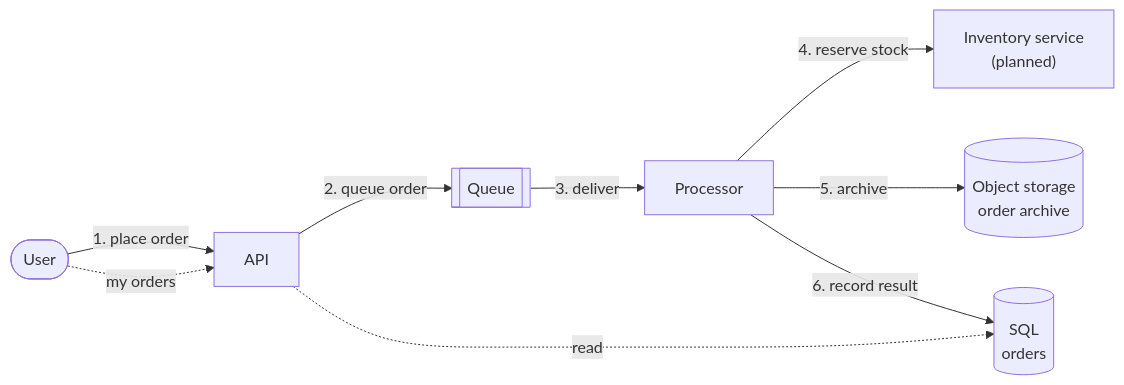
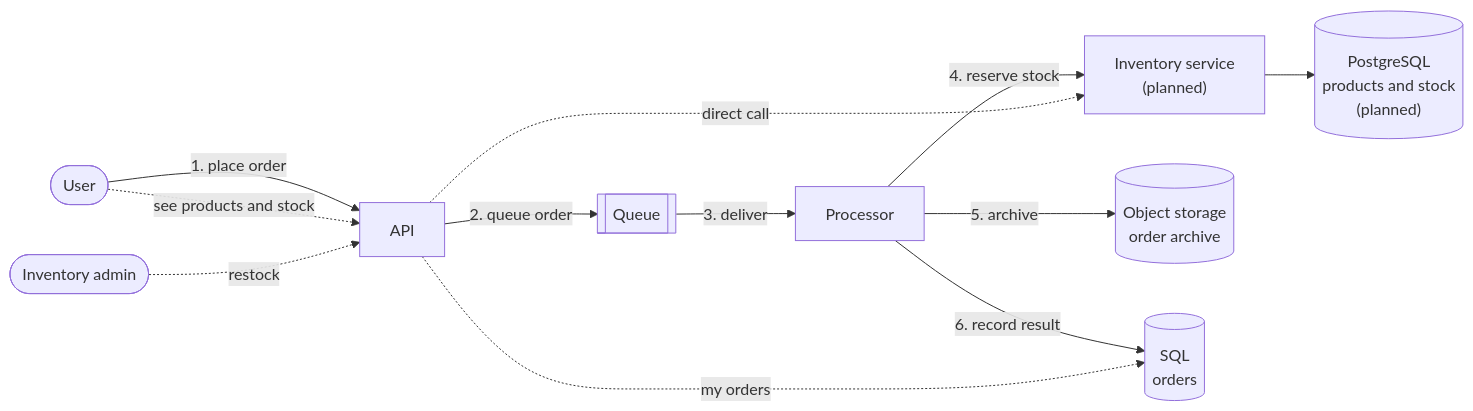
The diagram in samples/OrderManagementApp/docs/design.md (Azure-Samples/portability-patterns-library), drawn with Mermaid before and after one commit. The commit also changed other lines of this file, not shown here.

Commit message:
Design one-pager: one diagram for both flows

````diff
--- a/samples/OrderManagementApp/docs/design.md
+++ b/samples/OrderManagementApp/docs/design.md
@@ -20,18 +14,24 @@
 ```mermaid
 flowchart LR
     user(["User"])
+    admin(["Inventory admin"])
     api["API"]
     queue[["Queue"]]
     processor["Processor"]
     inventory["Inventory service<br/>(planned)"]
     storage[("Object storage<br/>order archive")]
     sql[("SQL<br/>orders")]
+    postgres[("PostgreSQL<br/>products and stock<br/>(planned)")]
 
     user -- "1. place order" --> api
     api -- "2. queue order" --> queue
     queue -- "3. deliver" --> processor
     processor -- "4. reserve stock" --> inventory
     processor -- "5. archive" --> storage
     processor -- "6. record result" --> sql
-    user -. "my orders" .-> api -. "read" .-> sql
+    user -. "see products and stock" .-> api
+    admin -. "restock" .-> api
+    api -. "direct call" .-> inventory
+    inventory --> postgres
+    api -. "my orders" .-> sql
 ```
````
